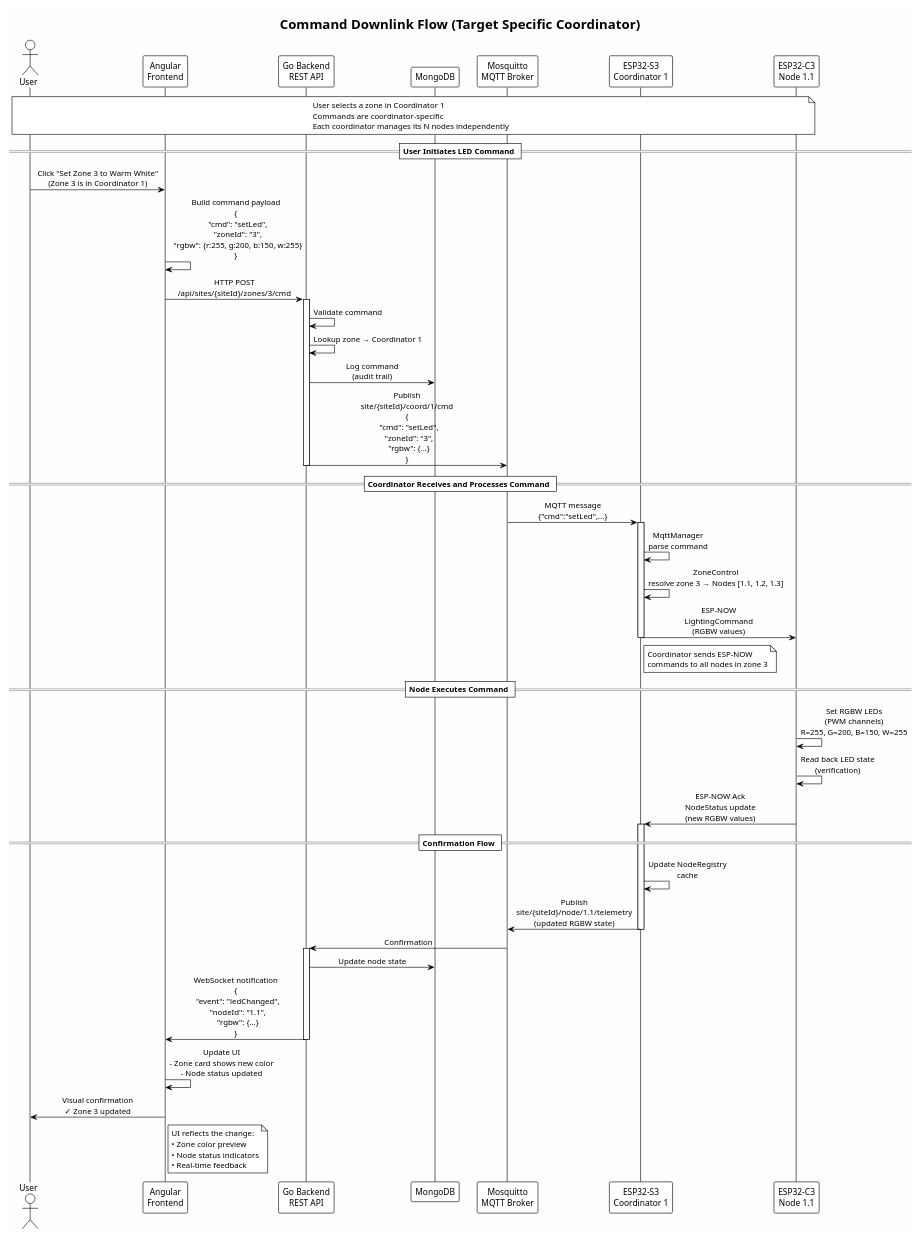
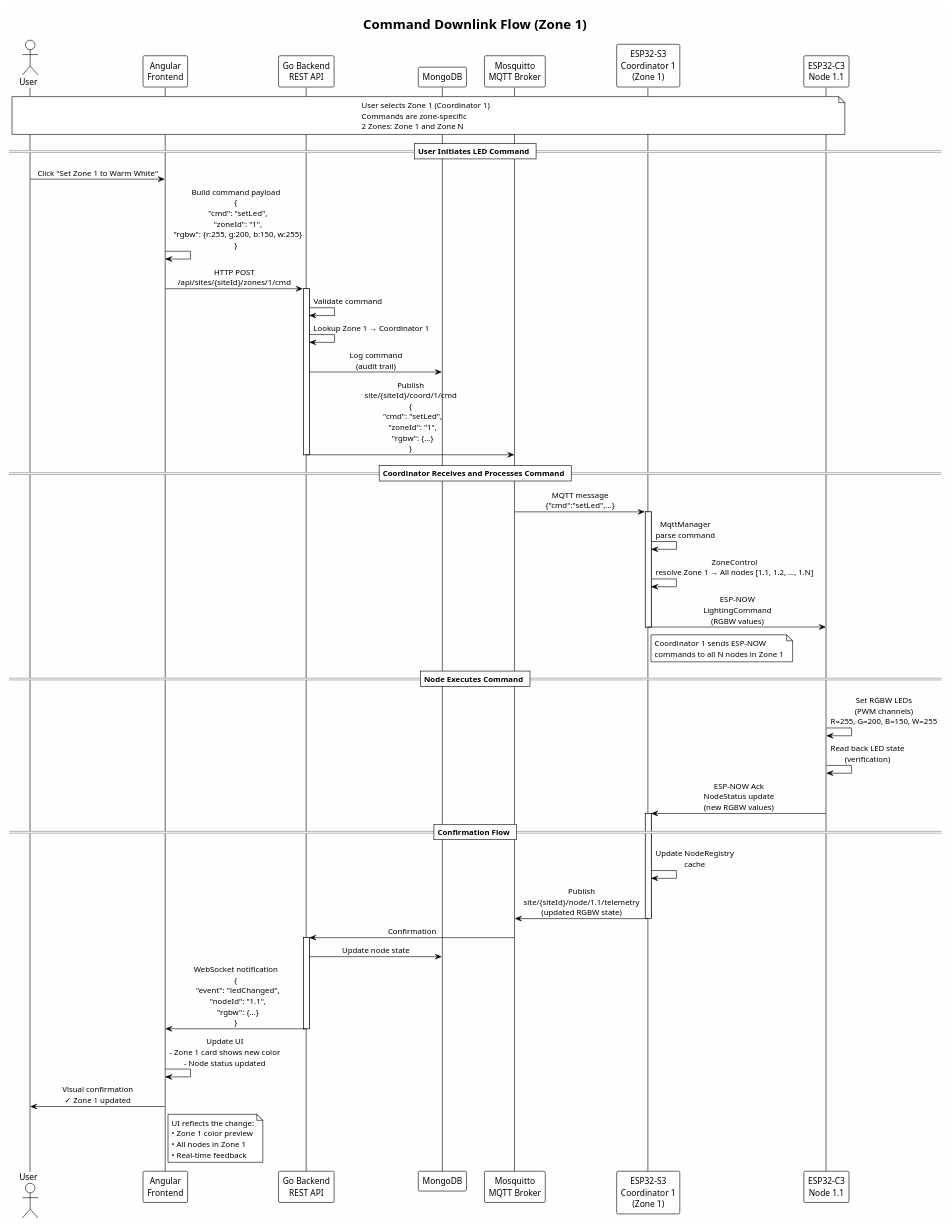
The diagram in docs/dataflow-command-downlink.puml (DICEsda/IOT-TileNodeCoordinator), drawn with PlantUML before and after one commit. The commit also changed 6 other files, not shown here.

Commit message:
Simplify architecture to 2 zones (Zone 1 and Zone N) with N nodes each

```diff
--- a/docs/dataflow-command-downlink.puml
+++ b/docs/dataflow-command-downlink.puml
@@ -1,79 +1,79 @@
 @startuml Command Downlink Flow
 
 !theme plain
 skinparam sequenceMessageAlign center
 skinparam backgroundColor #FEFEFE
 
-title Command Downlink Flow (Target Specific Coordinator)
+title Command Downlink Flow (Zone 1)
 
 actor User
 participant "Angular\nFrontend" as Frontend
 participant "Go Backend\nREST API" as Backend
 participant "MongoDB" as DB
 participant "Mosquitto\nMQTT Broker" as MQTT
-participant "ESP32-S3\nCoordinator 1" as Coord1
+participant "ESP32-S3\nCoordinator 1\n(Zone 1)" as Coord1
 participant "ESP32-C3\nNode 1.1" as Node11
 
 note over User, Node11
-  User selects a zone in Coordinator 1
-  Commands are coordinator-specific
-  Each coordinator manages its N nodes independently
+  User selects Zone 1 (Coordinator 1)
+  Commands are zone-specific
+  2 Zones: Zone 1 and Zone N
 end note
 
 == User Initiates LED Command ==
 
-User -> Frontend: Click "Set Zone 3 to Warm White"\n(Zone 3 is in Coordinator 1)
-Frontend -> Frontend: Build command payload\n{\n  "cmd": "setLed",\n  "zoneId": "3",\n  "rgbw": {r:255, g:200, b:150, w:255}\n}
+User -> Frontend: Click "Set Zone 1 to Warm White"
+Frontend -> Frontend: Build command payload\n{\n  "cmd": "setLed",\n  "zoneId": "1",\n  "rgbw": {r:255, g:200, b:150, w:255}\n}
 
-Frontend -> Backend: HTTP POST\n/api/sites/{siteId}/zones/3/cmd
+Frontend -> Backend: HTTP POST\n/api/sites/{siteId}/zones/1/cmd
 activate Backend
 Backend -> Backend: Validate command
-Backend -> Backend: Lookup zone → Coordinator 1
+Backend -> Backend: Lookup Zone 1 → Coordinator 1
 Backend -> DB: Log command\n(audit trail)
-Backend -> MQTT: Publish\nsite/{siteId}/coord/1/cmd\n{\n  "cmd": "setLed",\n  "zoneId": "3",\n  "rgbw": {...}\n}
+Backend -> MQTT: Publish\nsite/{siteId}/coord/1/cmd\n{\n  "cmd": "setLed",\n  "zoneId": "1",\n  "rgbw": {...}\n}
 deactivate Backend
 
 == Coordinator Receives and Processes Command ==
 
 MQTT -> Coord1: MQTT message\n{"cmd":"setLed",...}
 activate Coord1
 Coord1 -> Coord1: MqttManager\nparse command
-Coord1 -> Coord1: ZoneControl\nresolve zone 3 → Nodes [1.1, 1.2, 1.3]
+Coord1 -> Coord1: ZoneControl\nresolve Zone 1 → All nodes [1.1, 1.2, ..., 1.N]
 Coord1 -> Node11: ESP-NOW\nLightingCommand\n(RGBW values)
 deactivate Coord1
 
 note right of Coord1
-  Coordinator sends ESP-NOW
-  commands to all nodes in zone 3
+  Coordinator 1 sends ESP-NOW
+  commands to all N nodes in Zone 1
 end note
 
 == Node Executes Command ==
 
 Node11 -> Node11: Set RGBW LEDs\n(PWM channels)\nR=255, G=200, B=150, W=255
 Node11 -> Node11: Read back LED state\n(verification)
 Node11 -> Coord1: ESP-NOW Ack\nNodeStatus update\n(new RGBW values)
 
 == Confirmation Flow ==
 
 activate Coord1
 Coord1 -> Coord1: Update NodeRegistry\ncache
 Coord1 -> MQTT: Publish\nsite/{siteId}/node/1.1/telemetry\n(updated RGBW state)
 deactivate Coord1
 
 MQTT -> Backend: Confirmation
 activate Backend
 Backend -> DB: Update node state
 Backend -> Frontend: WebSocket notification\n{\n  "event": "ledChanged",\n  "nodeId": "1.1",\n  "rgbw": {...}\n}
 deactivate Backend
 
-Frontend -> Frontend: Update UI\n- Zone card shows new color\n- Node status updated
-Frontend -> User: Visual confirmation\n✓ Zone 3 updated
+Frontend -> Frontend: Update UI\n- Zone 1 card shows new color\n- Node status updated
+Frontend -> User: Visual confirmation\n✓ Zone 1 updated
 
 note right of Frontend
   UI reflects the change:
-  • Zone color preview
-  • Node status indicators
+  • Zone 1 color preview
+  • All nodes in Zone 1
   • Real-time feedback
 end note
 
 @enduml
```
